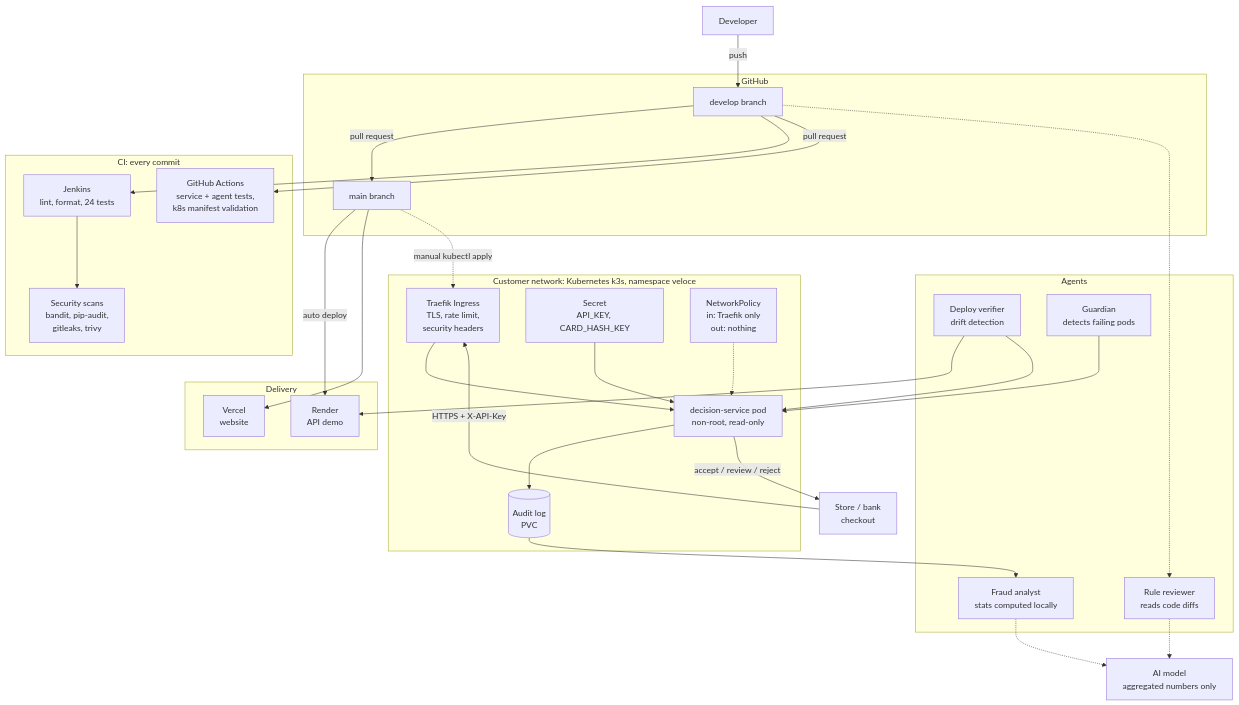
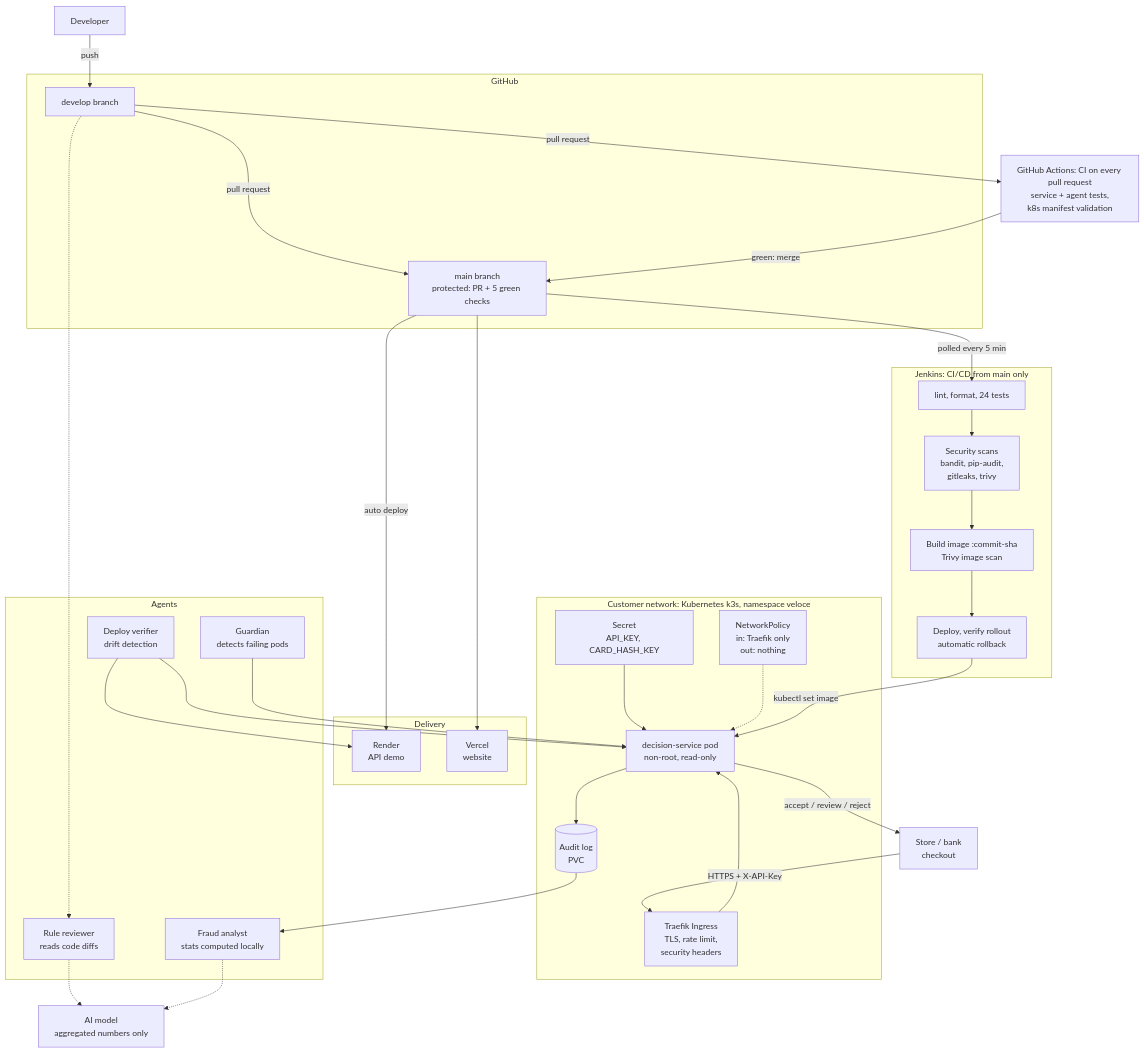
One commit to saroatov2910/welos-ai changed the first of 3 diagrams in README.md. Above: the diagram before and after it, drawn with Mermaid. The commit also changed other lines of this file and 1 other file, not shown here.

Commit message:
docs: document CD, verified rollback, Jenkins as code and the roadmap

````diff
--- a/README.md
+++ b/README.md
@@ -19,60 +19,64 @@
 ```mermaid
 flowchart TB
     dev["Developer"]
 
     subgraph git["GitHub"]
         develop["develop branch"]
-        main["main branch"]
+        main["main branch<br/>protected: PR + 5 green checks"]
         develop -->|"pull request"| main
     end
 
-    subgraph ci["CI: every commit"]
-        jenkins["Jenkins<br/>lint, format, 24 tests"]
+    gha["GitHub Actions: CI on every pull request<br/>service + agent tests,<br/>k8s manifest validation"]
+
+    subgraph cicd["Jenkins: CI/CD from main only"]
+        jenkins["lint, format, 24 tests"]
         scans["Security scans<br/>bandit, pip-audit,<br/>gitleaks, trivy"]
-        gha["GitHub Actions<br/>service + agent tests,<br/>k8s manifest validation"]
-        jenkins --> scans
+        image["Build image :commit-sha<br/>Trivy image scan"]
+        rollout["Deploy, verify rollout<br/>automatic rollback"]
+        jenkins --> scans --> image --> rollout
     end
 
     subgraph cd["Delivery"]
         render["Render<br/>API demo"]
         vercel["Vercel<br/>website"]
     end
 
     subgraph k8s["Customer network: Kubernetes k3s, namespace veloce"]
         traefik["Traefik Ingress<br/>TLS, rate limit,<br/>security headers"]
         pod["decision-service pod<br/>non-root, read-only"]
         secret["Secret<br/>API_KEY, CARD_HASH_KEY"]
         pvc[("Audit log<br/>PVC")]
         np["NetworkPolicy<br/>in: Traefik only<br/>out: nothing"]
         traefik --> pod
         secret --> pod
         pod --> pvc
         np -.-> pod
     end
 
     subgraph agents["Agents"]
         verifier["Deploy verifier<br/>drift detection"]
         guardian["Guardian<br/>detects failing pods"]
         reviewer["Rule reviewer<br/>reads code diffs"]
         analyst["Fraud analyst<br/>stats computed locally"]
     end
 
     store["Store / bank<br/>checkout"]
     model["AI model<br/>aggregated numbers only"]
 
     dev -->|push| develop
-    develop --> jenkins
     develop -->|"pull request"| gha
+    gha -->|"green: merge"| main
+    main -->|"polled every 5 min"| jenkins
     main -->|"auto deploy"| render
     main --> vercel
-    main -.->|"manual kubectl apply"| traefik
+    rollout -->|"kubectl set image"| pod
     store -->|"HTTPS + X-API-Key"| traefik
     pod -->|"accept / review / reject"| store
     verifier --> render
     verifier --> pod
     guardian --> pod
     develop -.-> reviewer
     pvc --> analyst
     reviewer -.-> model
     analyst -.-> model
 ```
````
